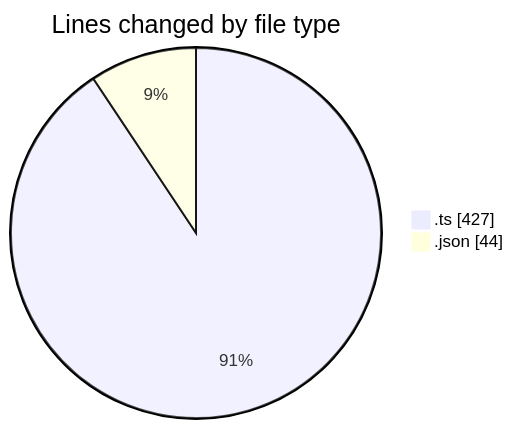
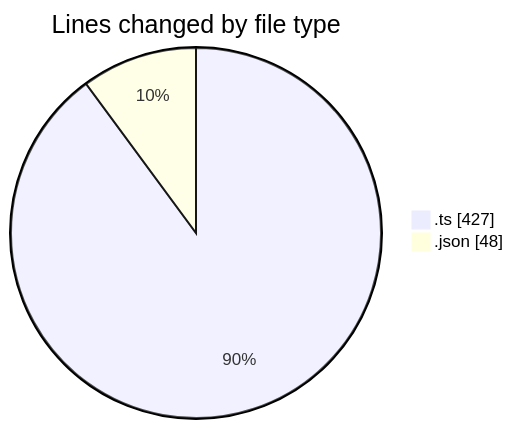
One commit to EIIisD/code-tracking changed the first of 2 diagrams in 2025-08-24/chatgpt-extension/README.md. Above: the diagram before and after it, drawn with Mermaid. The commit also changed other lines of this file and 1 other file, not shown here.

````diff
--- a/2025-08-24/chatgpt-extension/README.md
+++ b/2025-08-24/chatgpt-extension/README.md
@@ -22,6 +22,6 @@
 ```mermaid
 pie showData
 title Lines changed by file type
 ".ts" : 427
-".json" : 44
+".json" : 48
 ```
````
